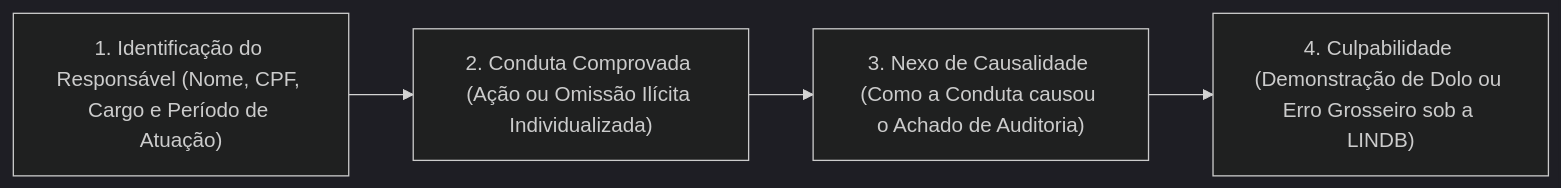
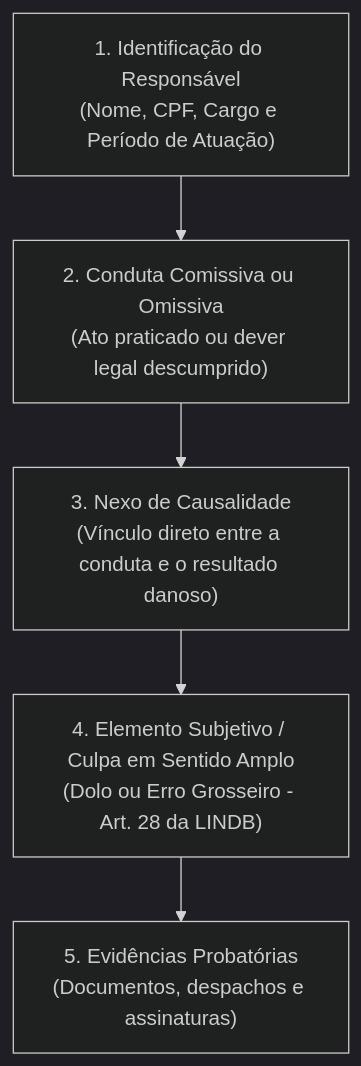
One commit to gilsonnogueira/OpenConcursos changed the fifth of 5 diagrams in docs/19-auditoria/05-auditoria-governamental-e-setor-publico/02-matriz-de-planejamento-achados-e-responsabilizacao.md. Above: the diagram before and after it, drawn with Mermaid (dark theme). The commit also changed other lines of this file and 17 other files, not shown here.

Commit message:
style(diagrams): verticaliza todos os diagramas Mermaid para legibilidade em painel vertical

````diff
--- a/docs/19-auditoria/05-auditoria-governamental-e-setor-publico/02-matriz-de-planejamento-achados-e-responsabilizacao.md
+++ b/docs/19-auditoria/05-auditoria-governamental-e-setor-publico/02-matriz-de-planejamento-achados-e-responsabilizacao.md
@@ -157,6 +157,13 @@
 ```mermaid
-flowchart LR
-    R["1. Identificação do Responsável (Nome, CPF, Cargo e Período de Atuação)"] --> C["2. Conduta Comprovada (Ação ou Omissão Ilícita Individualizada)"]
-    C --> N["3. Nexo de Causalidade (Como a Conduta causou o Achado de Auditoria)"]
-    N --> CL["4. Culpabilidade (Demonstração de Dolo ou Erro Grosseiro sob a LINDB)"]
+flowchart TD
+    R["1. Identificação do Responsável<br/>(Nome, CPF, Cargo e Período de Atuação)"]
+    C["2. Conduta Comissiva ou Omissiva<br/>(Ato praticado ou dever legal descumprido)"]
+    N["3. Nexo de Causalidade<br/>(Vínculo direto entre a conduta e o resultado danoso)"]
+    CU["4. Elemento Subjetivo / Culpa em Sentido Amplo<br/>(Dolo ou Erro Grosseiro - Art. 28 da LINDB)"]
+    EV["5. Evidências Probatórias<br/>(Documentos, despachos e assinaturas)"]
+
+    R --> C
+    C --> N
+    N --> CU
+    CU --> EV
 ```
````
